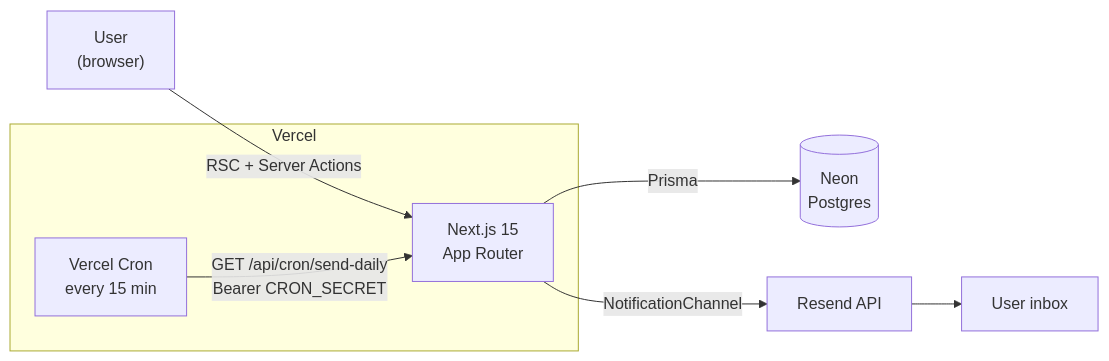
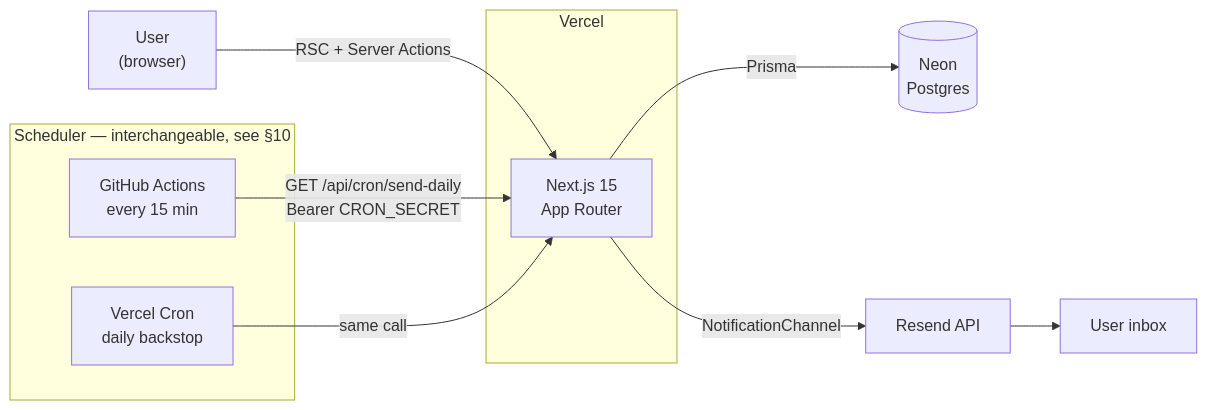
Before and after one commit to THEROHAN01/lockedin: the first of 5 diagrams in docs/ARCHITECTURE.md, drawn with Mermaid. The commit also changed other lines of this file and 5 other files, not shown here.

````diff
--- a/docs/ARCHITECTURE.md
+++ b/docs/ARCHITECTURE.md
@@ -16,19 +16,24 @@
 ```mermaid
 flowchart LR
   U["User<br/>(browser)"]
   I["User inbox"]
 
+  subgraph SCHED["Scheduler — interchangeable, see §10"]
+    GHA["GitHub Actions<br/>every 15 min"]
+    VC["Vercel Cron<br/>daily backstop"]
+  end
+
   subgraph VER["Vercel"]
     APP["Next.js 15<br/>App Router"]
-    CRON["Vercel Cron<br/>every 15 min"]
   end
 
   DB[("Neon<br/>Postgres")]
   RES["Resend API"]
 
   U -->|"RSC + Server Actions"| APP
-  CRON -->|"GET /api/cron/send-daily<br/>Bearer CRON_SECRET"| APP
+  GHA -->|"GET /api/cron/send-daily<br/>Bearer CRON_SECRET"| APP
+  VC -->|"same call"| APP
   APP -->|"Prisma"| DB
   APP -->|"NotificationChannel"| RES
   RES --> I
 ```
````
